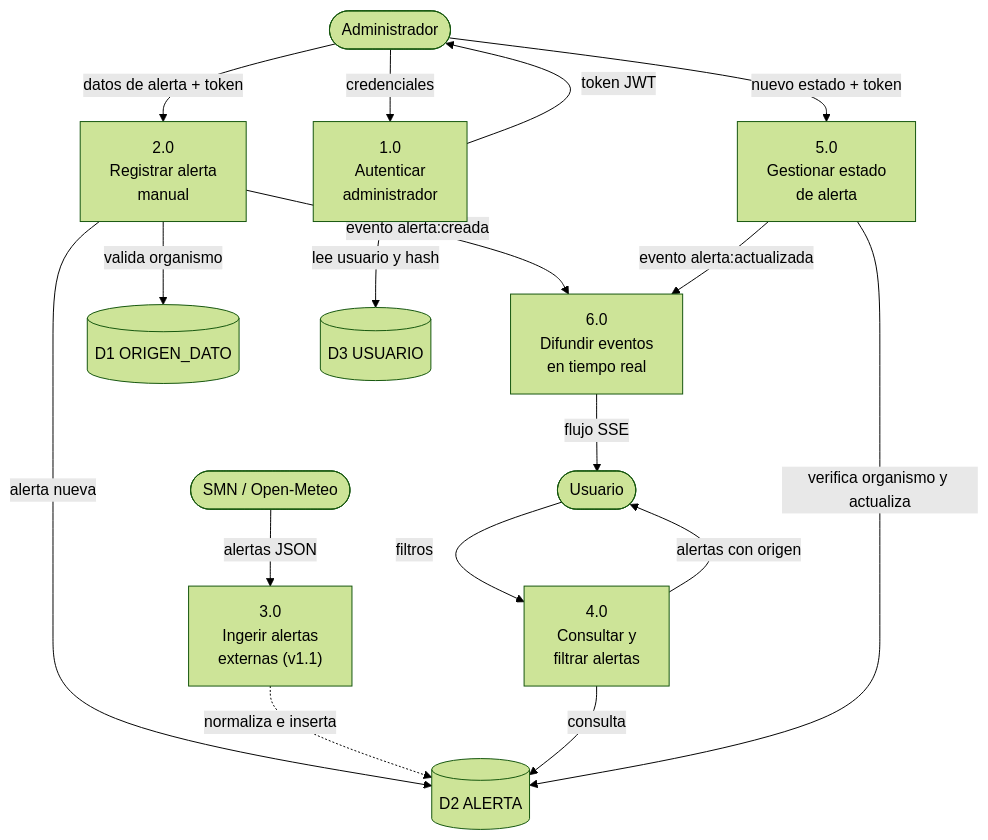
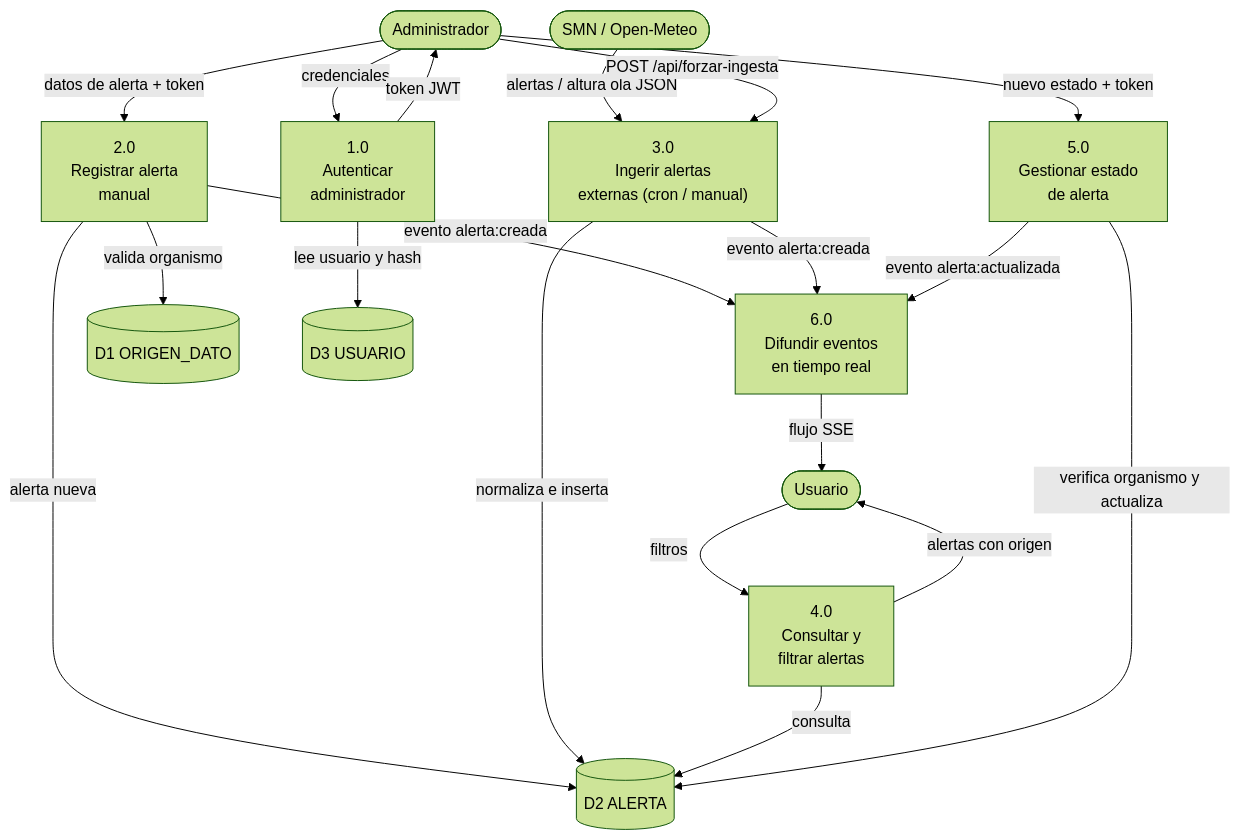
The second of 5 diagrams in docs/01-analisis-factibilidad.md (nachoo08/geoAlerts), drawn with Mermaid (forest theme) before and after one commit. The commit also changed other lines of this file and 3 other files, not shown here.

````diff
--- a/docs/01-analisis-factibilidad.md
+++ b/docs/01-analisis-factibilidad.md
@@ -127,39 +128,41 @@
 ```mermaid
 flowchart TB
     U([Usuario])
     A([Administrador])
     EXT([SMN / Open-Meteo])
 
     P1["1.0<br/>Autenticar<br/>administrador"]
     P2["2.0<br/>Registrar alerta<br/>manual"]
-    P3["3.0<br/>Ingerir alertas<br/>externas (v1.1)"]
+    P3["3.0<br/>Ingerir alertas<br/>externas (cron / manual)"]
     P4["4.0<br/>Consultar y<br/>filtrar alertas"]
     P5["5.0<br/>Gestionar estado<br/>de alerta"]
     P6["6.0<br/>Difundir eventos<br/>en tiempo real"]
 
     D1[("D1 ORIGEN_DATO")]
     D2[("D2 ALERTA")]
     D3[("D3 USUARIO")]
 
     A -- credenciales --> P1
     P1 -- "lee usuario y hash" --> D3
     P1 -- "token JWT" --> A
 
     A -- "datos de alerta + token" --> P2
     P2 -- "valida organismo" --> D1
     P2 -- "alerta nueva" --> D2
     P2 -- "evento alerta:creada" --> P6
 
-    EXT -- "alertas JSON" --> P3
-    P3 -. "normaliza e inserta" .-> D2
+    EXT -- "alertas / altura ola JSON" --> P3
+    A -- "POST /api/forzar-ingesta" --> P3
+    P3 -- "normaliza e inserta" --> D2
+    P3 -- "evento alerta:creada" --> P6
 
     U -- filtros --> P4
     P4 -- "consulta" --> D2
     P4 -- "alertas con origen" --> U
 
     A -- "nuevo estado + token" --> P5
     P5 -- "verifica organismo y actualiza" --> D2
     P5 -- "evento alerta:actualizada" --> P6
 
     P6 -- "flujo SSE" --> U
 ```
````
